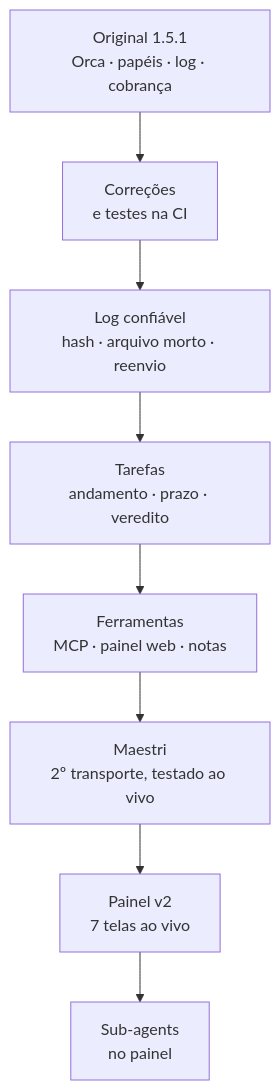
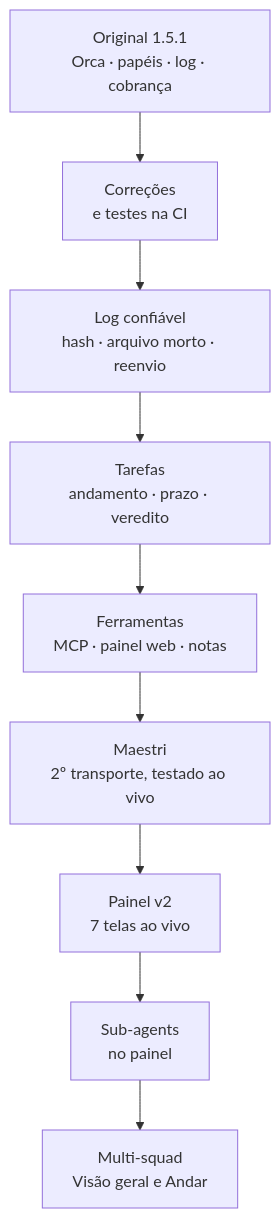
The second of 2 diagrams in README.md (BFLabsAI/agent-board), drawn with Mermaid before and after one commit. The commit also changed other lines of this file and 10 other files, not shown here.

Commit message:
docs: visão geral, multi-squad e UX dos sub-agents (1.13.0) (#25)

````diff
--- a/README.md
+++ b/README.md
@@ -84,10 +84,11 @@
 ```mermaid
 flowchart TB
     O["Original 1.5.1<br/>Orca · papéis · log · cobrança"] --> F0["Correções<br/>e testes na CI"]
     F0 --> F1["Log confiável<br/>hash · arquivo morto · reenvio"]
     F1 --> F2["Tarefas<br/>andamento · prazo · veredito"]
     F2 --> F3["Ferramentas<br/>MCP · painel web · notas"]
     F3 --> F4["Maestri<br/>2º transporte, testado ao vivo"]
     F4 --> F5["Painel v2<br/>7 telas ao vivo"]
     F5 --> F6["Sub-agents<br/>no painel"]
+    F6 --> F7["Multi-squad<br/>Visão geral e Andar"]
 ```
````
